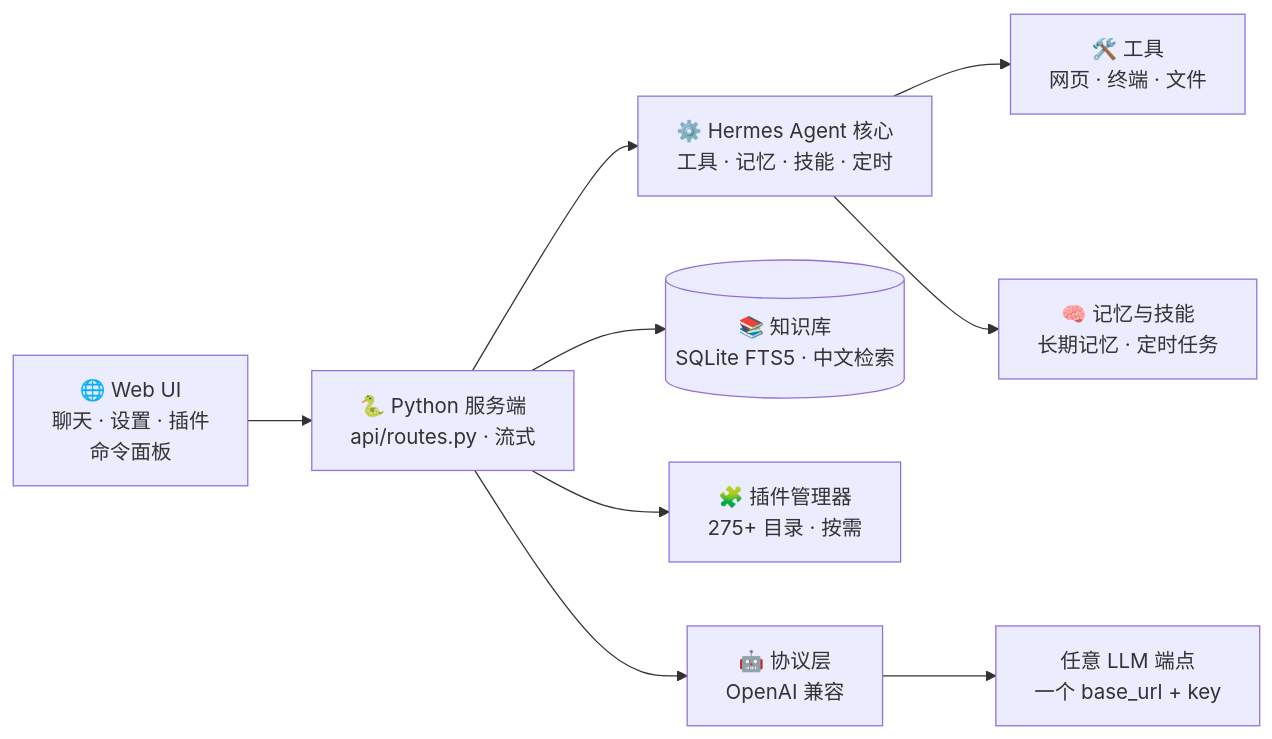
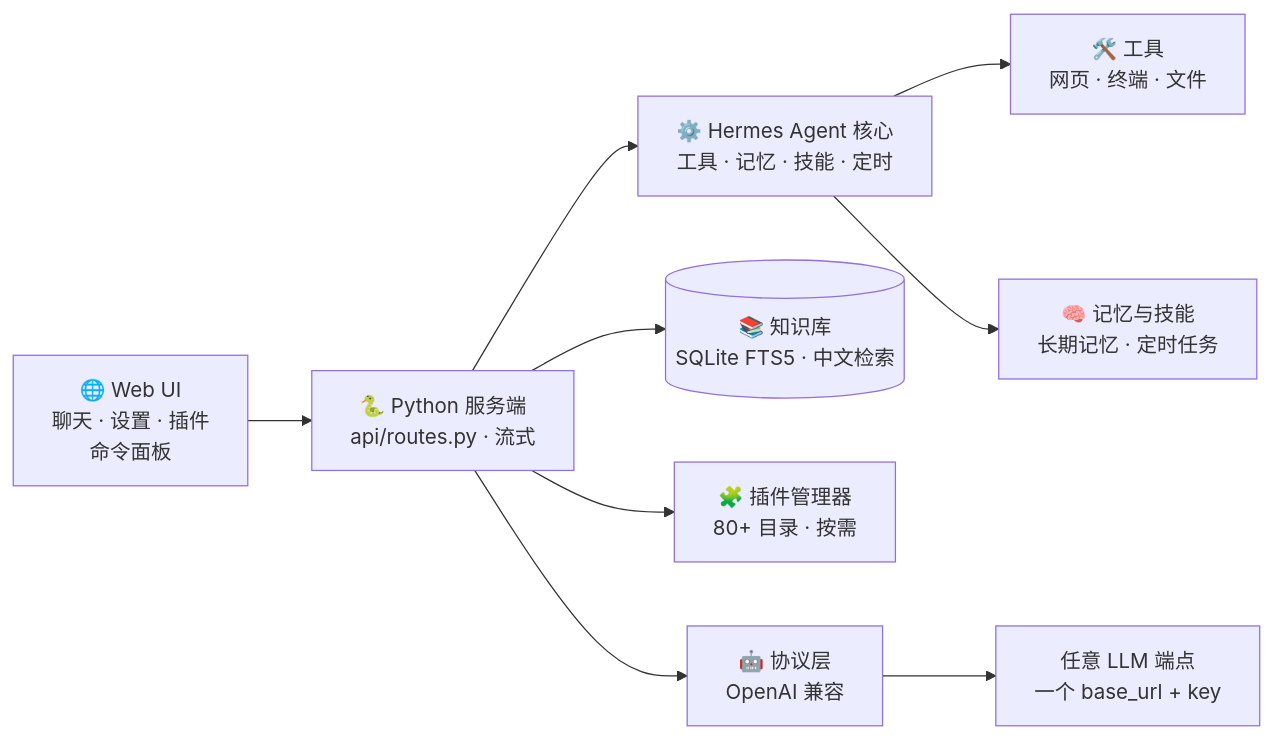
One commit to Morningstar202604/iris changed the diagram in README.zh-CN.md. Above: the diagram before and after it, drawn with Mermaid. The commit also changed other lines of this file and 8 other files, not shown here.

````diff
--- a/README.zh-CN.md
+++ b/README.zh-CN.md
@@ -101,11 +101,11 @@
 ```mermaid
 flowchart LR
     U["🌐 Web UI<br/>聊天 · 设置 · 插件<br/>命令面板"] --> S["🐍 Python 服务端<br/>api/routes.py · 流式"]
     S --> A["⚙️ Hermes Agent 核心<br/>工具 · 记忆 · 技能 · 定时"]
     S --> KB[("📚 知识库<br/>SQLite FTS5 · 中文检索")]
-    S --> PM["🧩 插件管理器<br/>275+ 目录 · 按需"]
+    S --> PM["🧩 插件管理器<br/>80+ 目录 · 按需"]
     S --> PL["🤖 协议层<br/>OpenAI 兼容"]
     PL --> M["任意 LLM 端点<br/>一个 base_url + key"]
     A --> T1["🛠️ 工具<br/>网页 · 终端 · 文件"]
     A --> T2["🧠 记忆与技能<br/>长期记忆 · 定时任务"]
 ```
````
